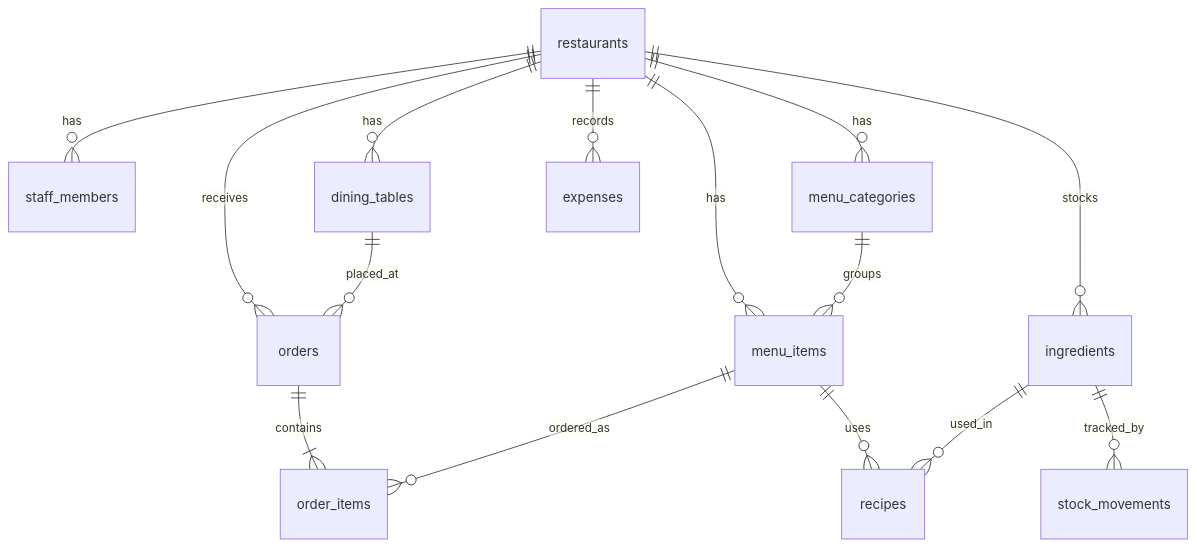
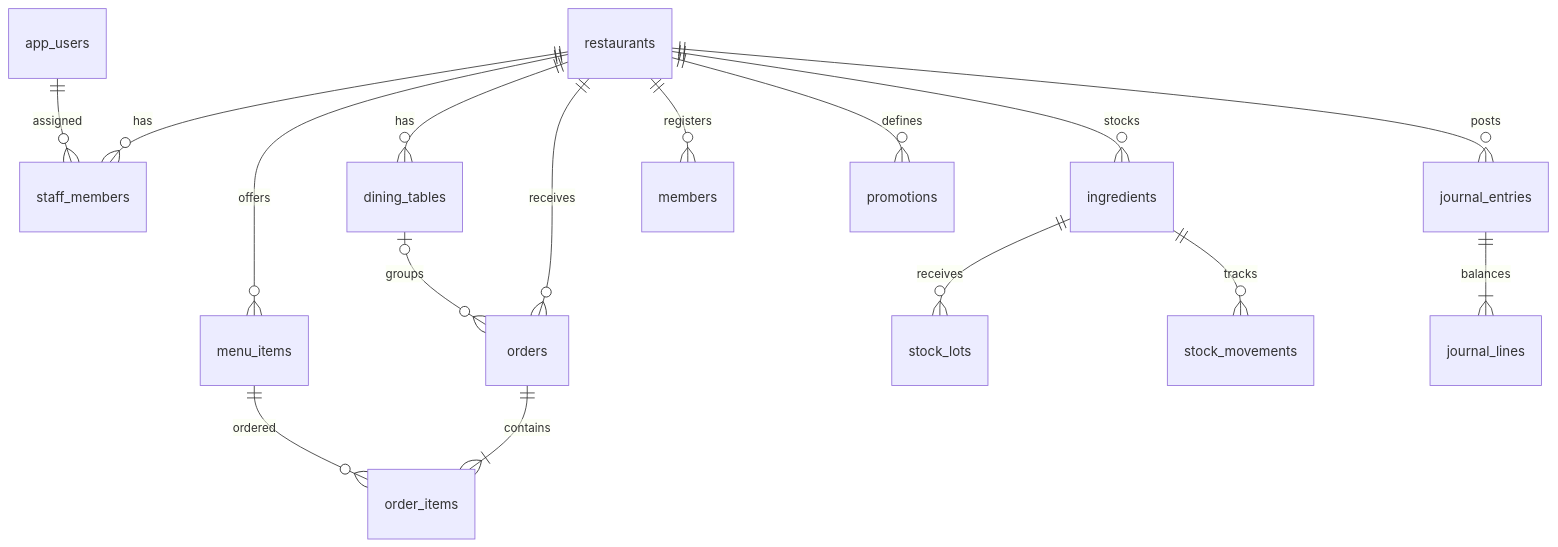
One commit to Nol2way/foodflow changed the second of 3 diagrams in docs/analysis-design.md. Above: the diagram before and after it, drawn with Mermaid. The commit also changed other lines of this file and 21 other files, not shown here.

````diff
--- a/docs/analysis-design.md
+++ b/docs/analysis-design.md
@@ -83,17 +34,18 @@
 ```mermaid
 erDiagram
-    restaurants ||--o{ staff_members : has
-    restaurants ||--o{ menu_categories : has
-    restaurants ||--o{ menu_items : has
-    restaurants ||--o{ dining_tables : has
-    restaurants ||--o{ orders : receives
-    restaurants ||--o{ expenses : records
-    restaurants ||--o{ ingredients : stocks
-    menu_categories ||--o{ menu_items : groups
-    orders ||--|{ order_items : contains
-    menu_items ||--o{ order_items : ordered_as
-    menu_items ||--o{ recipes : uses
-    ingredients ||--o{ recipes : used_in
-    ingredients ||--o{ stock_movements : tracked_by
-    dining_tables ||--o{ orders : placed_at
+  restaurants ||--o{ staff_members : has
+  app_users ||--o{ staff_members : assigned
+  restaurants ||--o{ menu_items : offers
+  restaurants ||--o{ dining_tables : has
+  restaurants ||--o{ orders : receives
+  dining_tables o|--o{ orders : groups
+  orders ||--|{ order_items : contains
+  menu_items ||--o{ order_items : ordered
+  restaurants ||--o{ members : registers
+  restaurants ||--o{ promotions : defines
+  restaurants ||--o{ ingredients : stocks
+  ingredients ||--o{ stock_lots : receives
+  ingredients ||--o{ stock_movements : tracks
+  restaurants ||--o{ journal_entries : posts
+  journal_entries ||--|{ journal_lines : balances
 ```
````
